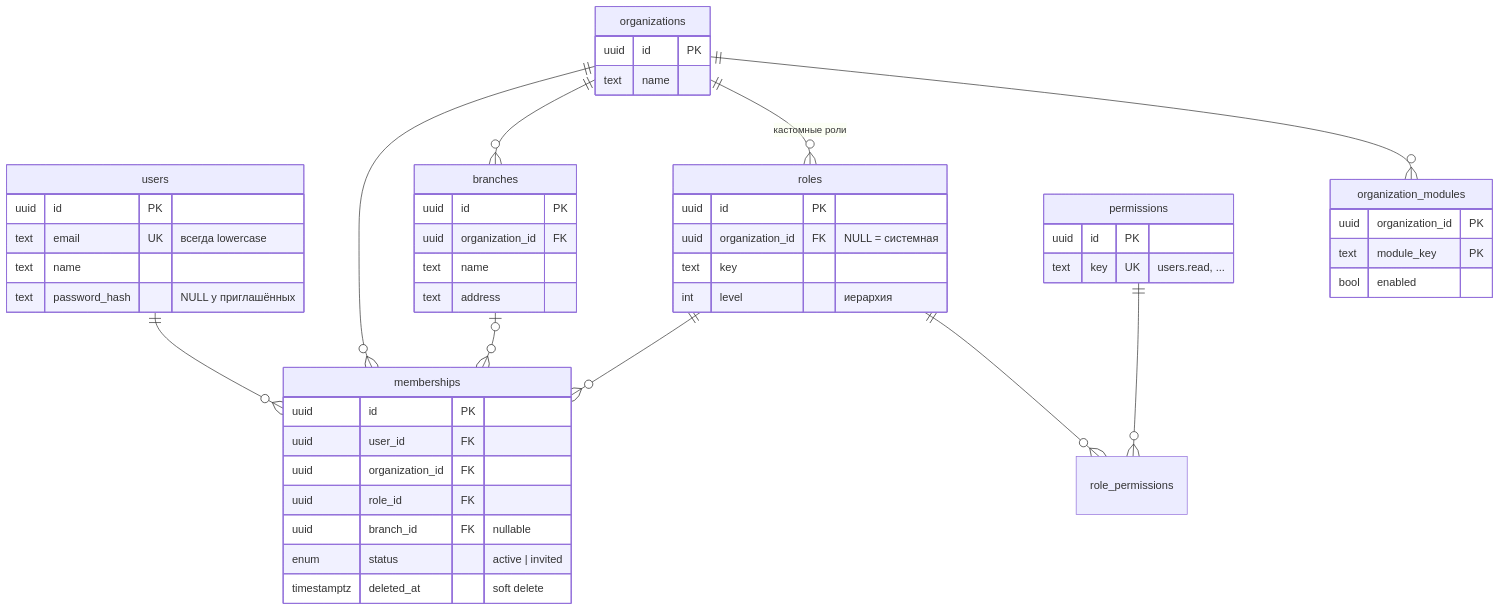
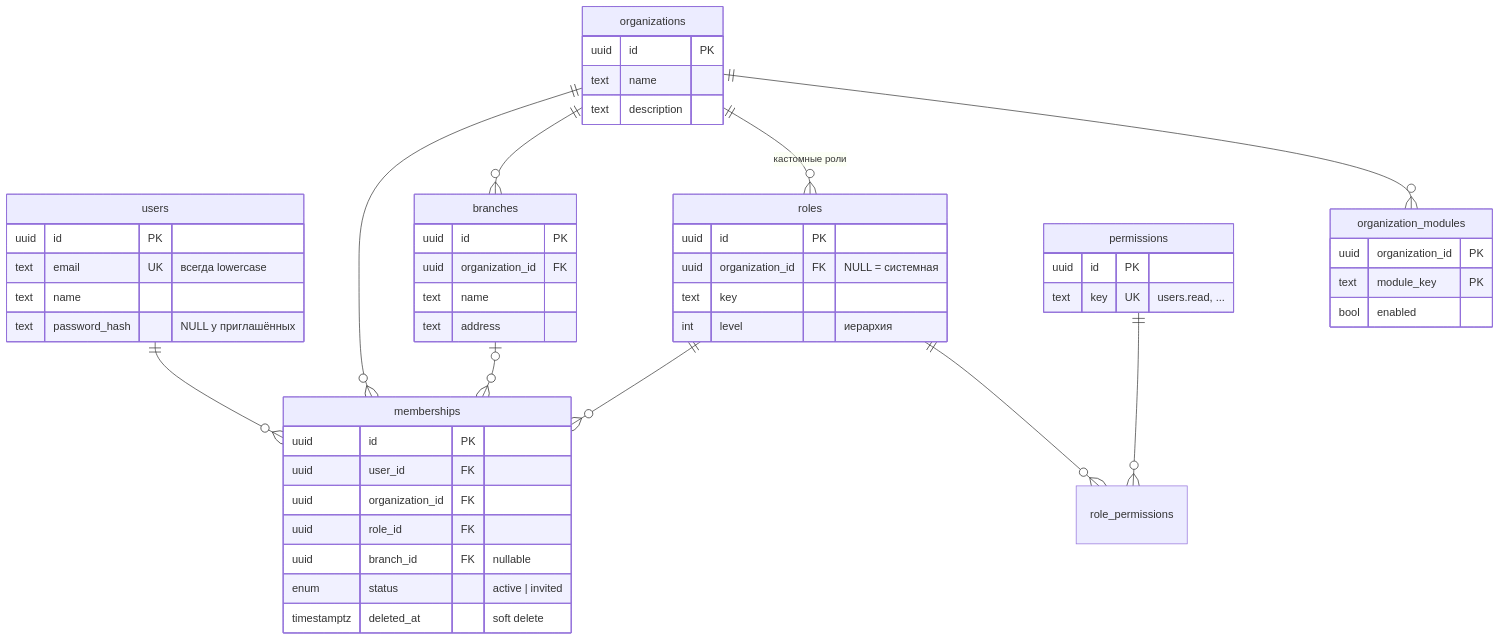
Before and after one commit to AI-m-noncoder/testtask: the diagram in README.md, drawn with Mermaid. The commit also changed other lines of this file and 9 other files, not shown here.

````diff
--- a/README.md
+++ b/README.md
@@ -54,39 +54,40 @@
 ```mermaid
 erDiagram
     users ||--o{ memberships : ""
     organizations ||--o{ memberships : ""
     organizations ||--o{ branches : ""
     organizations ||--o{ roles : "кастомные роли"
     organizations ||--o{ organization_modules : ""
     roles ||--o{ memberships : ""
     roles ||--o{ role_permissions : ""
     permissions ||--o{ role_permissions : ""
     branches |o--o{ memberships : ""
 
     users { uuid id PK
             text email UK "всегда lowercase"
             text name
             text password_hash "NULL у приглашённых" }
     organizations { uuid id PK
-                    text name }
+                    text name
+                    text description }
     branches { uuid id PK
                uuid organization_id FK
                text name
                text address }
     roles { uuid id PK
             uuid organization_id FK "NULL = системная"
             text key
             int level "иерархия" }
     permissions { uuid id PK
                   text key UK "users.read, ..." }
     memberships { uuid id PK
                   uuid user_id FK
                   uuid organization_id FK
                   uuid role_id FK
                   uuid branch_id FK "nullable"
                   enum status "active | invited"
                   timestamptz deleted_at "soft delete" }
     organization_modules { uuid organization_id PK
                            text module_key PK
                            bool enabled }
 ```
````
